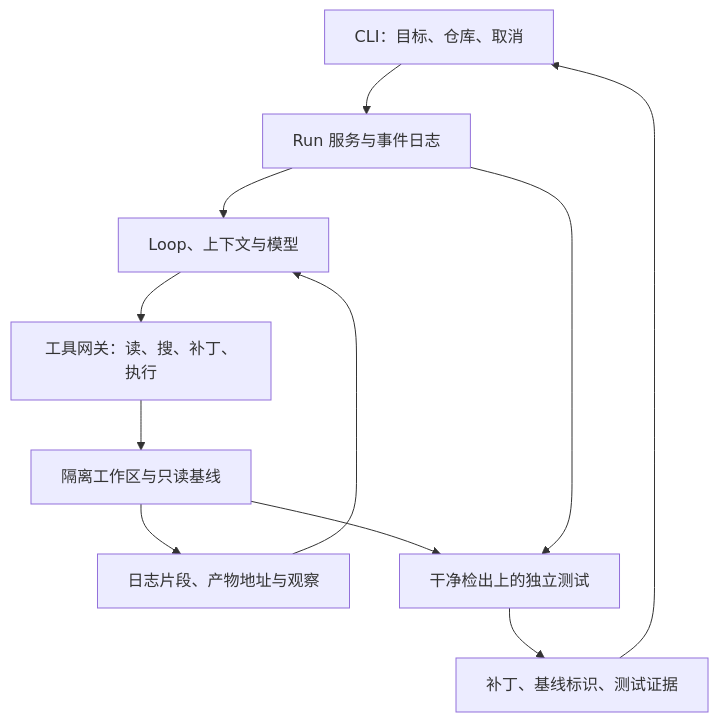
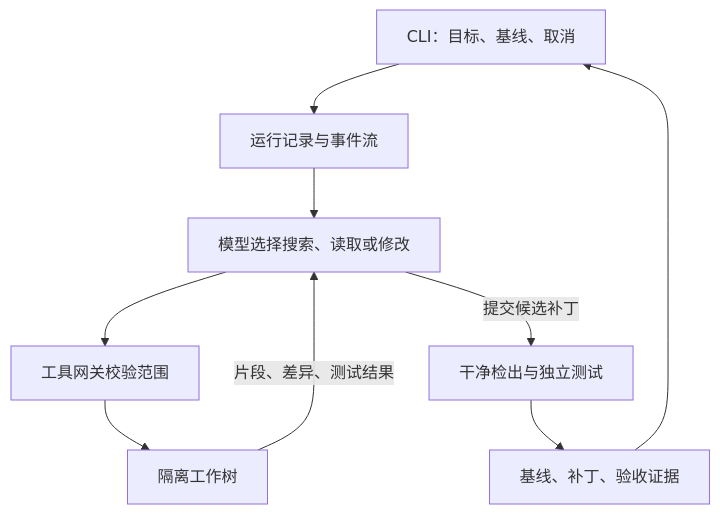
One commit to echonoshy/agent-engineering-handbook changed the second of 6 diagrams in 10-frontier-trends-2026-and-interview-playbook/02-interview-system-design-playbook.md. Above: the diagram before and after it, drawn with Mermaid. The commit also changed other lines of this file and 21 other files, not shown here.

````diff
--- a/10-frontier-trends-2026-and-interview-playbook/02-interview-system-design-playbook.md
+++ b/10-frontier-trends-2026-and-interview-playbook/02-interview-system-design-playbook.md
@@ -36,13 +47,11 @@
 ```mermaid
 flowchart TD
-    A["CLI：目标、仓库、取消"] --> B["Run 服务与事件日志"]
-    B --> C["Loop、上下文与模型"]
-    C --> D["工具网关：读、搜、补丁、执行"]
-    D --> E["隔离工作区与只读基线"]
-    E --> F["日志片段、产物地址与观察"]
-    F --> C
-    E --> G["干净检出上的独立测试"]
-    G --> H["补丁、基线标识、测试证据"]
-    H --> A
-    B --> G
+    A["CLI：目标、基线、取消"] --> B["运行记录与事件流"]
+    B --> C["模型选择搜索、读取或修改"]
+    C --> D["工具网关校验范围"]
+    D --> E["隔离工作树"]
+    E -->|"片段、差异、测试结果"| C
+    C -->|"提交候选补丁"| F["干净检出与独立测试"]
+    F --> G["基线、补丁、验收证据"]
+    G --> A
 ```
````
